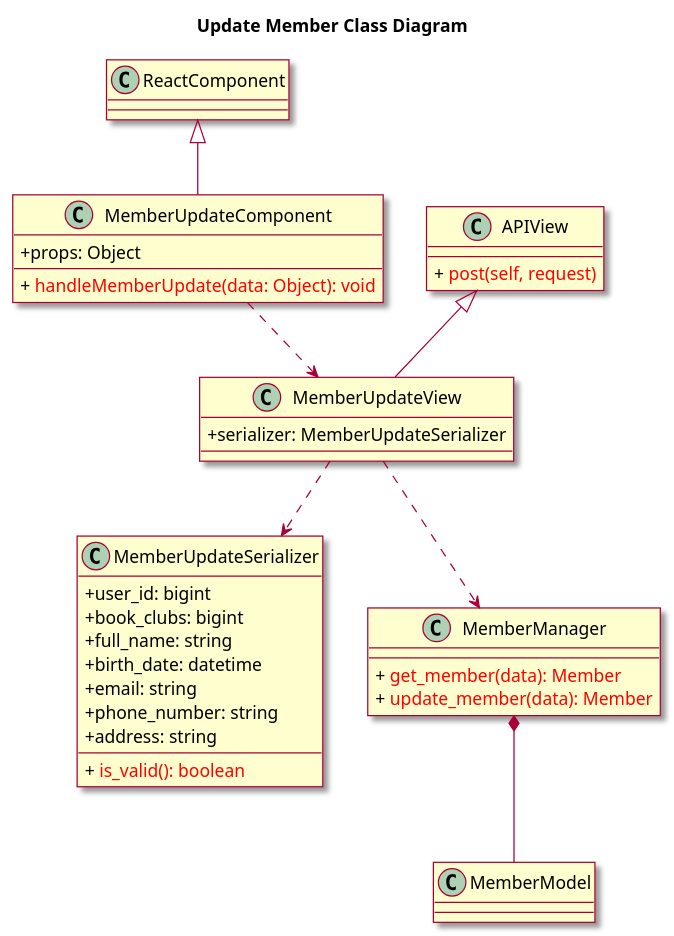
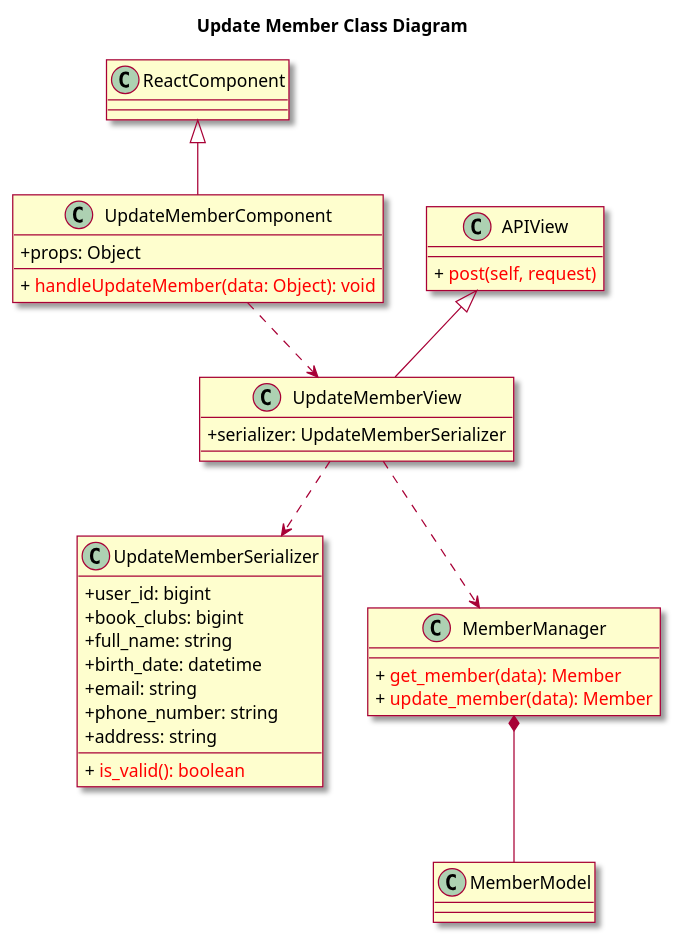
One commit to ljttl3q04t/Book-Over-There changed the diagram in uml/024-class-update-member.wsd. Above: the diagram before and after it, drawn with PlantUML. The commit also changed 7 other files, not shown here.

Commit message:
sequence 19-25

```diff
--- a/uml/024-class-update-member.wsd
+++ b/uml/024-class-update-member.wsd
@@ -1,47 +1,47 @@
 @startuml
 skin rose
 skinparam classAttributeIconSize 0
 
 title Update Member Class Diagram
 class ReactComponent
 
-class MemberUpdateComponent {
+class UpdateMemberComponent {
 	+ props: Object
-	+ {method} <color:red> handleMemberUpdate(data: Object): void
+	+ {method} <color:red> handleUpdateMember(data: Object): void
 }
 
-class MemberUpdateView {
-	+ serializer: MemberUpdateSerializer
+class UpdateMemberView {
+	+ serializer: UpdateMemberSerializer
 }
 
 class APIView {
 	+ {method} <color:red> post(self, request)
 }
 
-class MemberUpdateSerializer {
+class UpdateMemberSerializer {
 	+ user_id: bigint
     + book_clubs: bigint
     + full_name: string
     + birth_date: datetime 
     + email: string
     + phone_number: string
     + address: string
 	+ {method} <color:red> is_valid(): boolean
 }
 
 class MemberManager {
   +  {method} <color:red> get_member(data): Member
   +  {method} <color:red> update_member(data): Member
 }
 
 class MemberModel {
 }
 
-ReactComponent <|-- MemberUpdateComponent
-APIView <|-- MemberUpdateView
-MemberUpdateComponent ..> MemberUpdateView
-MemberUpdateView ..> MemberUpdateSerializer
-MemberUpdateView ..> MemberManager
+ReactComponent <|-- UpdateMemberComponent
+APIView <|-- UpdateMemberView
+UpdateMemberComponent ..> UpdateMemberView
+UpdateMemberView ..> UpdateMemberSerializer
+UpdateMemberView ..> MemberManager
 MemberManager *-- MemberModel
 
 @enduml
```
